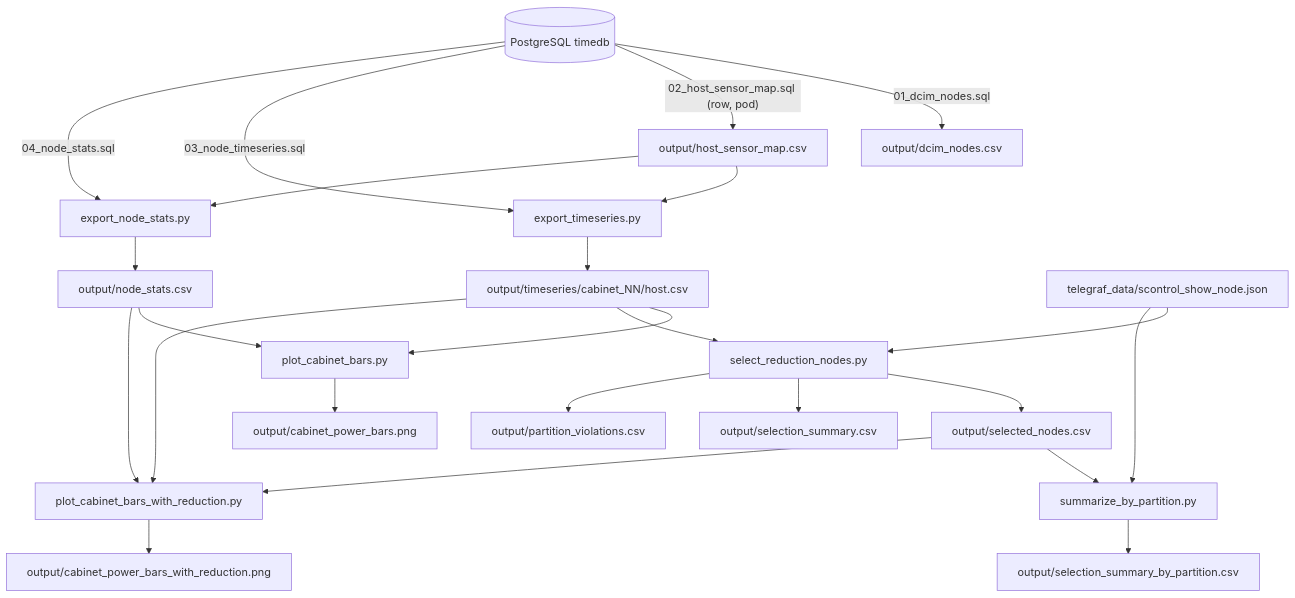
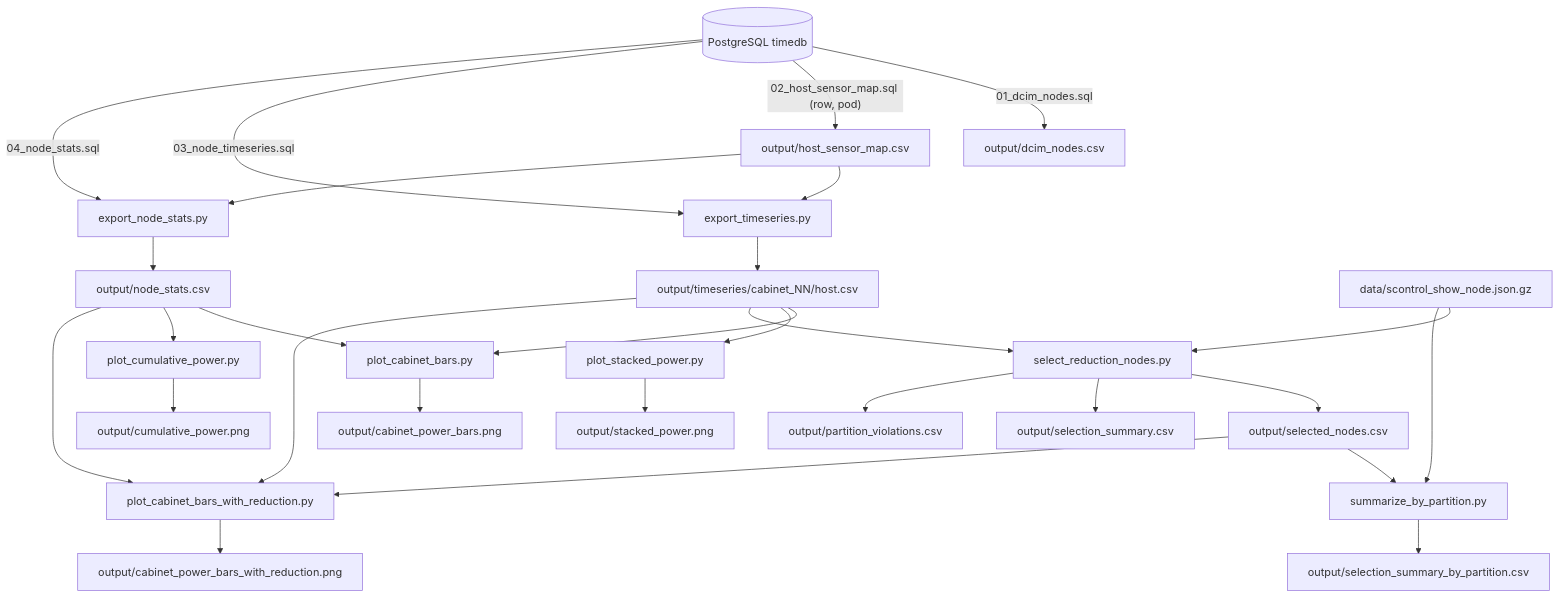
One commit to mit-orcd/power_reduce_planner changed the diagram in DESIGN.md. Above: the diagram before and after it, drawn with Mermaid. The commit also changed other lines of this file and 24 other files, not shown here.

```diff
--- a/DESIGN.md
+++ b/DESIGN.md
@@ -36,27 +38,31 @@
 ~~~mermaid
 flowchart TD
     PG[("PostgreSQL timedb")]
     PG -->|"01_dcim_nodes.sql"| DCIM["output/dcim_nodes.csv"]
     PG -->|"02_host_sensor_map.sql (row, pod)"| MAP["output/host_sensor_map.csv"]
     MAP --> TS_STEP["export_timeseries.py"]
     PG -->|"03_node_timeseries.sql"| TS_STEP
     TS_STEP --> TSCSV["output/timeseries/cabinet_NN/host.csv"]
     MAP --> STATS_STEP["export_node_stats.py"]
     PG -->|"04_node_stats.sql"| STATS_STEP
     STATS_STEP --> NSCSV["output/node_stats.csv"]
     TSCSV --> PLOT["plot_cabinet_bars.py"]
     NSCSV --> PLOT
     PLOT --> PNG["output/cabinet_power_bars.png"]
+    NSCSV --> CUMPLOT["plot_cumulative_power.py"]
+    CUMPLOT --> CUMPNG["output/cumulative_power.png"]
+    TSCSV --> STACK["plot_stacked_power.py"]
+    STACK --> STACKPNG["output/stacked_power.png"]
     TSCSV --> SEL["select_reduction_nodes.py"]
-    SCONTROL["telegraf_data/scontrol_show_node.json"] --> SEL
+    SCONTROL["data/scontrol_show_node.json.gz"] --> SEL
     SEL --> SELOUT["output/selected_nodes.csv"]
     SEL --> SUMMARY["output/selection_summary.csv"]
     SEL --> VIOL["output/partition_violations.csv"]
     SELOUT --> BYPART["summarize_by_partition.py"]
     SCONTROL --> BYPART
     BYPART --> BYPARTOUT["output/selection_summary_by_partition.csv"]
     TSCSV --> PLOT2["plot_cabinet_bars_with_reduction.py"]
     NSCSV --> PLOT2
     SELOUT --> PLOT2
     PLOT2 --> PNG2["output/cabinet_power_bars_with_reduction.png"]
 ~~~
```
